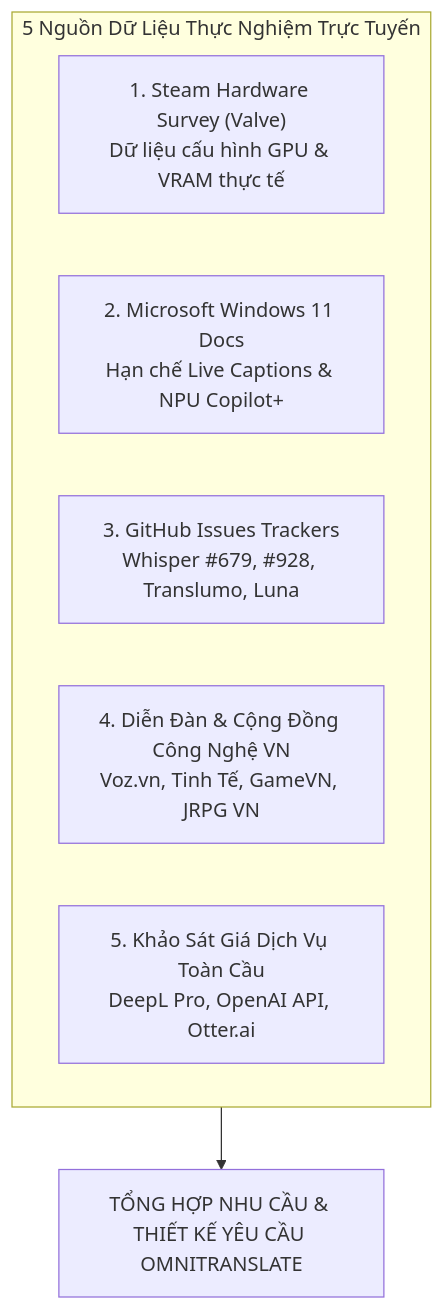
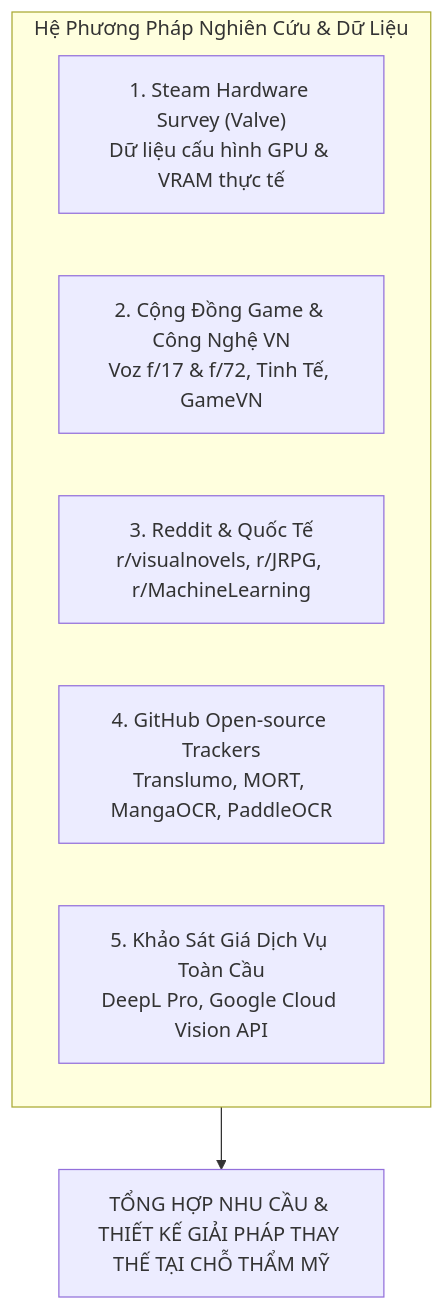
One commit to Kenny11423/VoxGlance changed the first of 3 diagrams in survey_and_feasibility/03_survey_data_analysis.md. Above: the diagram before and after it, drawn with Mermaid. The commit also changed other lines of this file and 8 other files, not shown here.

````diff
--- a/survey_and_feasibility/03_survey_data_analysis.md
+++ b/survey_and_feasibility/03_survey_data_analysis.md
@@ -11,11 +12,11 @@
 ```mermaid
 flowchart TD
-    subgraph DataSources ["5 Nguồn Dữ Liệu Thực Nghiệm Trực Tuyến"]
+    subgraph Methodologies ["Hệ Phương Pháp Nghiên Cứu & Dữ Liệu"]
         S1["1. Steam Hardware Survey (Valve)\nDữ liệu cấu hình GPU & VRAM thực tế"]
-        S2["2. Microsoft Windows 11 Docs\nHạn chế Live Captions & NPU Copilot+"]
-        S3["3. GitHub Issues Trackers\nWhisper #679, #928, Translumo, Luna"]
-        S4["4. Diễn Đàn & Cộng Đồng Công Nghệ VN\nVoz.vn, Tinh Tế, GameVN, JRPG VN"]
-        S5["5. Khảo Sát Giá Dịch Vụ Toàn Cầu\nDeepL Pro, OpenAI API, Otter.ai"]
+        S2["2. Cộng Đồng Game & Công Nghệ VN\nVoz f/17 & f/72, Tinh Tế, GameVN"]
+        S3["3. Reddit & Quốc Tế\nr/visualnovels, r/JRPG, r/MachineLearning"]
+        S4["4. GitHub Open-source Trackers\nTranslumo, MORT, MangaOCR, PaddleOCR"]
+        S5["5. Khảo Sát Giá Dịch Vụ Toàn Cầu\nDeepL Pro, Google Cloud Vision API"]
     end
-    DataSources --> Synthesis["TỔNG HỢP NHU CẦU & THIẾT KẾ YÊU CẦU OMNITRANSLATE"]
+    Methodologies --> Synthesis["TỔNG HỢP NHU CẦU & THIẾT KẾ GIẢI PHÁP THAY THẾ TẠI CHỖ THẨM MỸ"]
 ```
````
